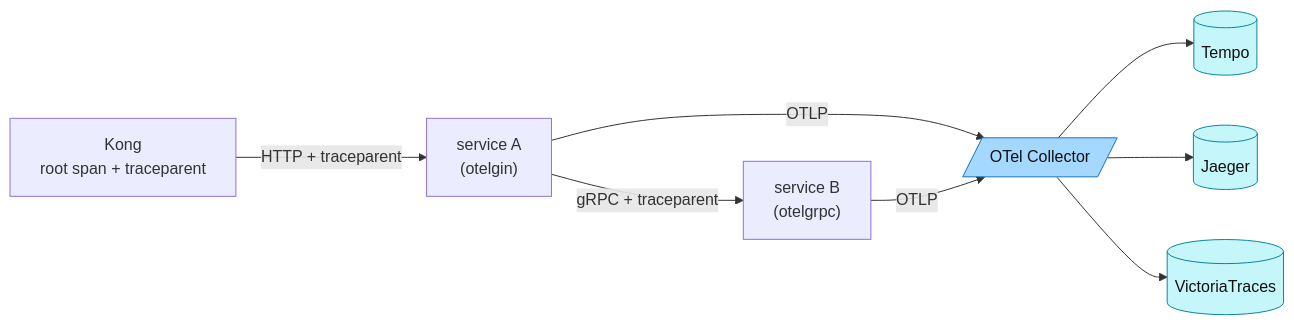
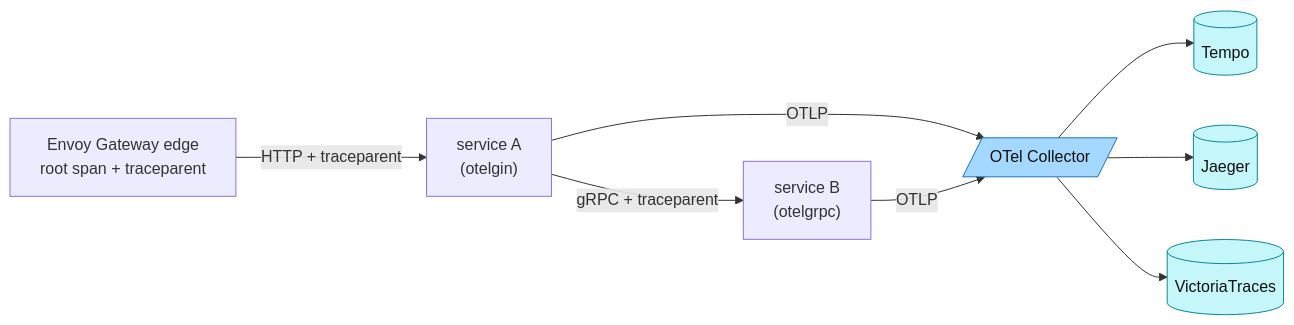
The seventh of 8 diagrams in docs/observability/opentelemetry/fundamentals.md (duynhlab/homelab), drawn with Mermaid before and after one commit. The commit also changed other lines of this file and 30 other files, not shown here.

````diff
--- a/docs/observability/opentelemetry/fundamentals.md
+++ b/docs/observability/opentelemetry/fundamentals.md
@@ -431,14 +434,14 @@
 ```mermaid
 flowchart LR
-    kong["Kong<br/>root span + traceparent"] -->|"HTTP + traceparent"| a["service A<br/>(otelgin)"]
+    edge["Envoy Gateway edge<br/>root span + traceparent"] -->|"HTTP + traceparent"| a["service A<br/>(otelgin)"]
     a -->|"gRPC + traceparent"| b["service B<br/>(otelgrpc)"]
     a -->|"OTLP"| col[/"OTel Collector"/]
     b -->|"OTLP"| col
     col --> tempo[(Tempo)]
     col --> jaeger[(Jaeger)]
     col --> vt[(VictoriaTraces)]
     classDef otc fill:#a5d8ff,stroke:#1971c2,color:#111;
     classDef trace fill:#c5f6fa,stroke:#0c8599,color:#111;
     class col otc;
     class tempo,jaeger,vt trace;
 ```
````
